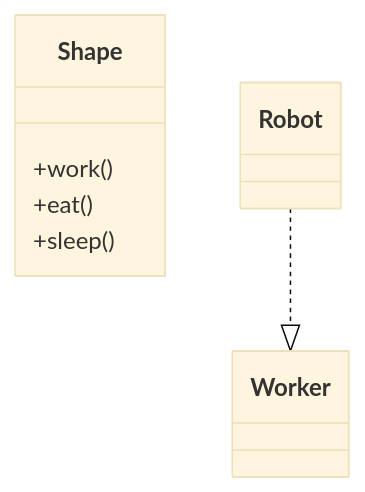
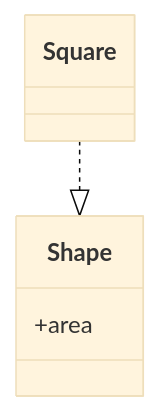
Before and after one commit to binarydevelop/Obsidian-study-vault: the first of 2 diagrams in System Design/Low Level Design/SOLID Principles/SOLID_005 ISP.md, drawn with Mermaid (base theme).

Commit message:
vault backup: 2025-12-29 16:14:46
Affected files:
System Design/Low Level Design/SOLID Principles/SOLID_005 ISP.md

````diff
--- a/System Design/Low Level Design/SOLID Principles/SOLID_005 ISP.md
+++ b/System Design/Low Level Design/SOLID Principles/SOLID_005 ISP.md
@@ -12,11 +12,9 @@
 ```mermaid
 classDiagram
     class Shape {
-        +work()
-        +eat()
-        +sleep()
+		+area
     }
 
-    class Robot
-    Robot ..|> Worker
+    class Square
+    Square ..|> Shape
 ```
````
